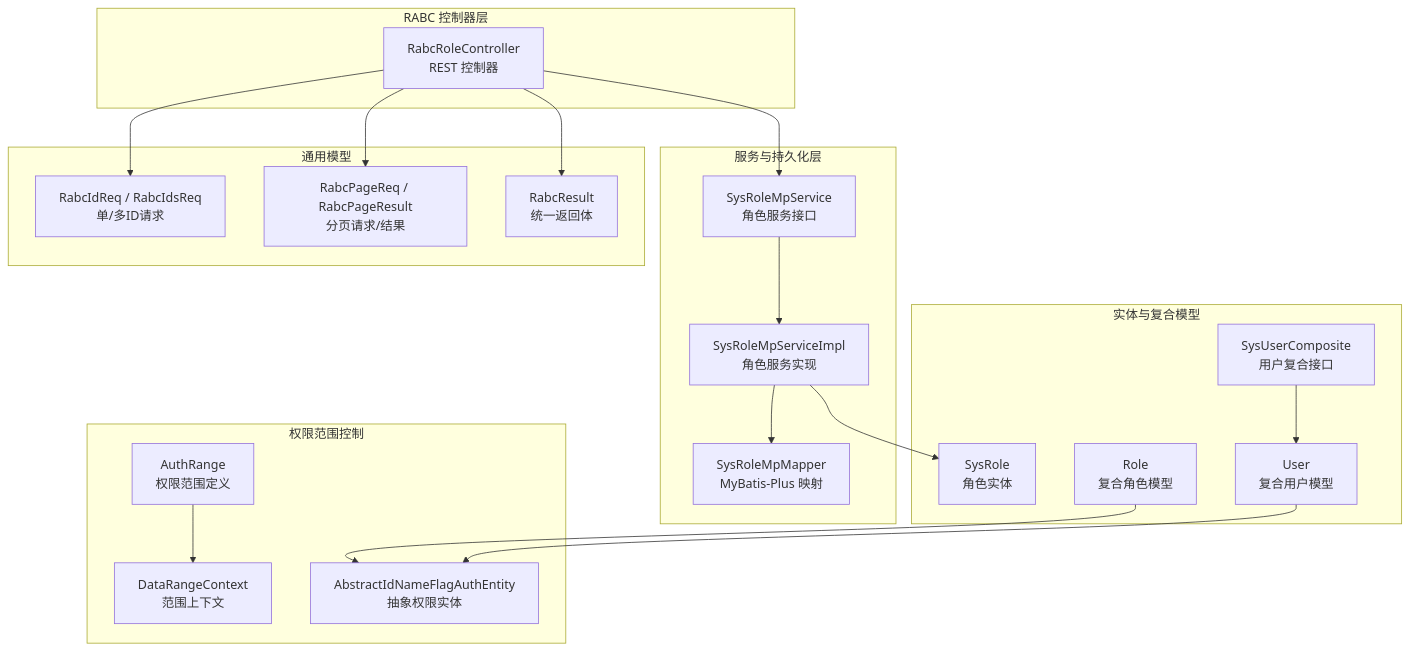
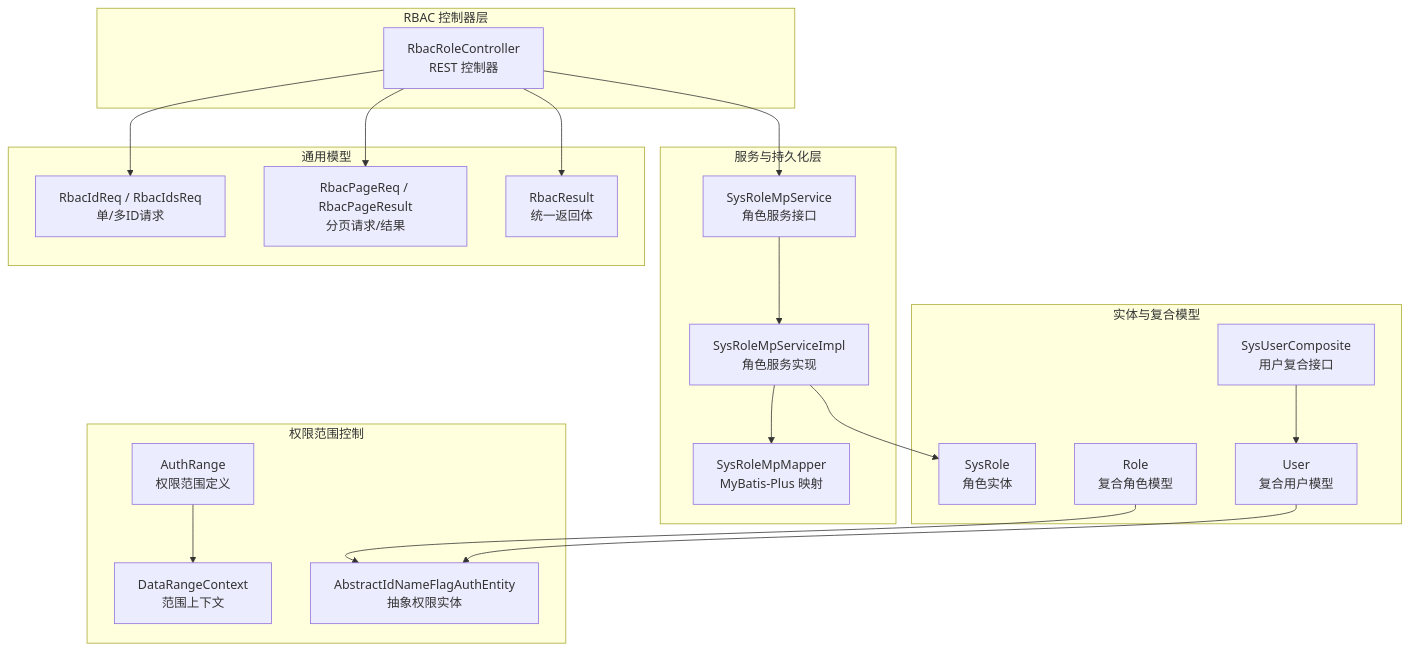
The first of 7 diagrams in .qoder/repowiki/zh/content/权限系统 (qy-auth)/RBAC实现 (auth-rbac)/角色管理.md (LiukewenSC/kewen-framework), drawn with Mermaid before and after one commit. The commit also changed other lines of this file and 764 other files, not shown here.

````diff
--- a/.qoder/repowiki/zh/content/权限系统 (qy-auth)/RBAC实现 (auth-rbac)/角色管理.md
+++ b/.qoder/repowiki/zh/content/权限系统 (qy-auth)/RBAC实现 (auth-rbac)/角色管理.md
@@ -51,38 +51,38 @@
 ```mermaid
 graph TB
-subgraph "RABC 控制器层"
-C1["RabcRoleController<br/>REST 控制器"]
+subgraph "RBAC 控制器层"
+C1["RbacRoleController<br/>REST 控制器"]
 end
 subgraph "服务与持久化层"
 S1["SysRoleMpService<br/>角色服务接口"]
 S2["SysRoleMpServiceImpl<br/>角色服务实现"]
 M1["SysRoleMpMapper<br/>MyBatis-Plus 映射"]
 end
 subgraph "实体与复合模型"
 E1["SysRole<br/>角色实体"]
 CM1["Role<br/>复合角色模型"]
 CM2["User<br/>复合用户模型"]
 IF1["SysUserComposite<br/>用户复合接口"]
 end
 subgraph "通用模型"
-G1["RabcIdReq / RabcIdsReq<br/>单/多ID请求"]
-G2["RabcPageReq / RabcPageResult<br/>分页请求/结果"]
-G3["RabcResult<br/>统一返回体"]
+G1["RbacIdReq / RbacIdsReq<br/>单/多ID请求"]
+G2["RbacPageReq / RbacPageResult<br/>分页请求/结果"]
+G3["RbacResult<br/>统一返回体"]
 end
 subgraph "权限范围控制"
 P1["AuthRange<br/>权限范围定义"]
 P2["DataRangeContext<br/>范围上下文"]
 B1["AbstractIdNameFlagAuthEntity<br/>抽象权限实体"]
 end
 C1 --> S1
 S1 --> S2
 S2 --> M1
 S2 --> E1
 CM1 --> B1
 CM2 --> B1
 IF1 --> CM2
 C1 --> G1
 C1 --> G2
 C1 --> G3
 P1 --> P2
 ```
````
